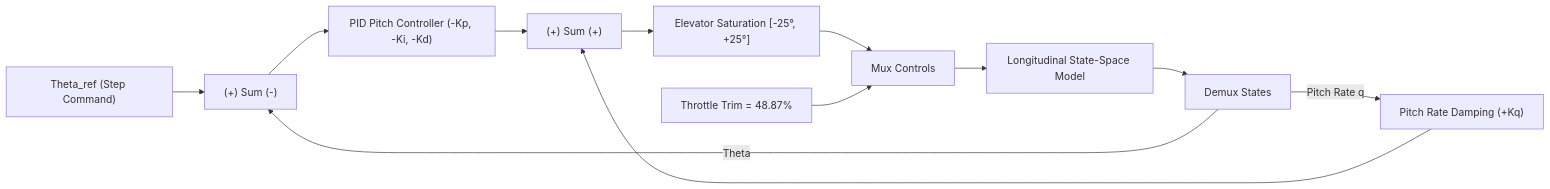
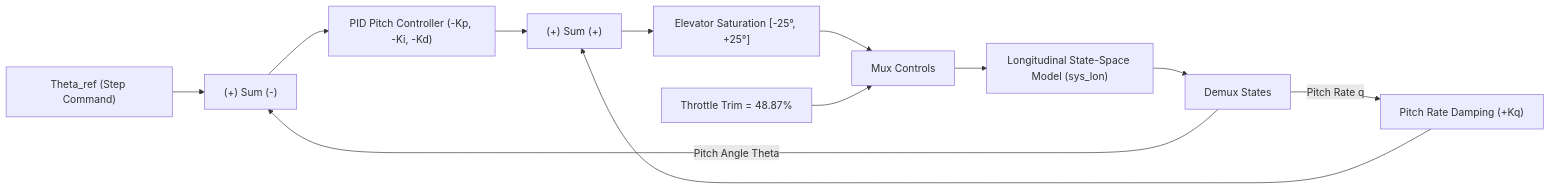
The second of 3 diagrams in README.md (SahilKokate92/cessna172-flight-dynamics-control), drawn with Mermaid before and after one commit. The commit also changed other lines of this file, not shown here.

````diff
--- a/README.md
+++ b/README.md
@@ -30,16 +97,16 @@
 ```mermaid
 graph LR
     ThetaRef["Theta_ref (Step Command)"] --> SumError["(+) Sum (-)"]
-    Demux["Demux States"] -->|Theta| SumError
+    Demux["Demux States"] -->|Pitch Angle Theta| SumError
     SumError --> PID["PID Pitch Controller (-Kp, -Ki, -Kd)"]
     
     Demux -->|Pitch Rate q| KqGain["Pitch Rate Damping (+Kq)"]
     
     PID --> SumElevator["(+) Sum (+)"]
     KqGain --> SumElevator
     SumElevator --> Sat["Elevator Saturation [-25°, +25°]"]
     Sat --> Mux["Mux Controls"]
     ConstThrottle["Throttle Trim = 48.87%"] --> Mux
-    Mux --> Plant["Longitudinal State-Space Model"]
+    Mux --> Plant["Longitudinal State-Space Model (sys_lon)"]
     Plant --> Demux
 ```
````
